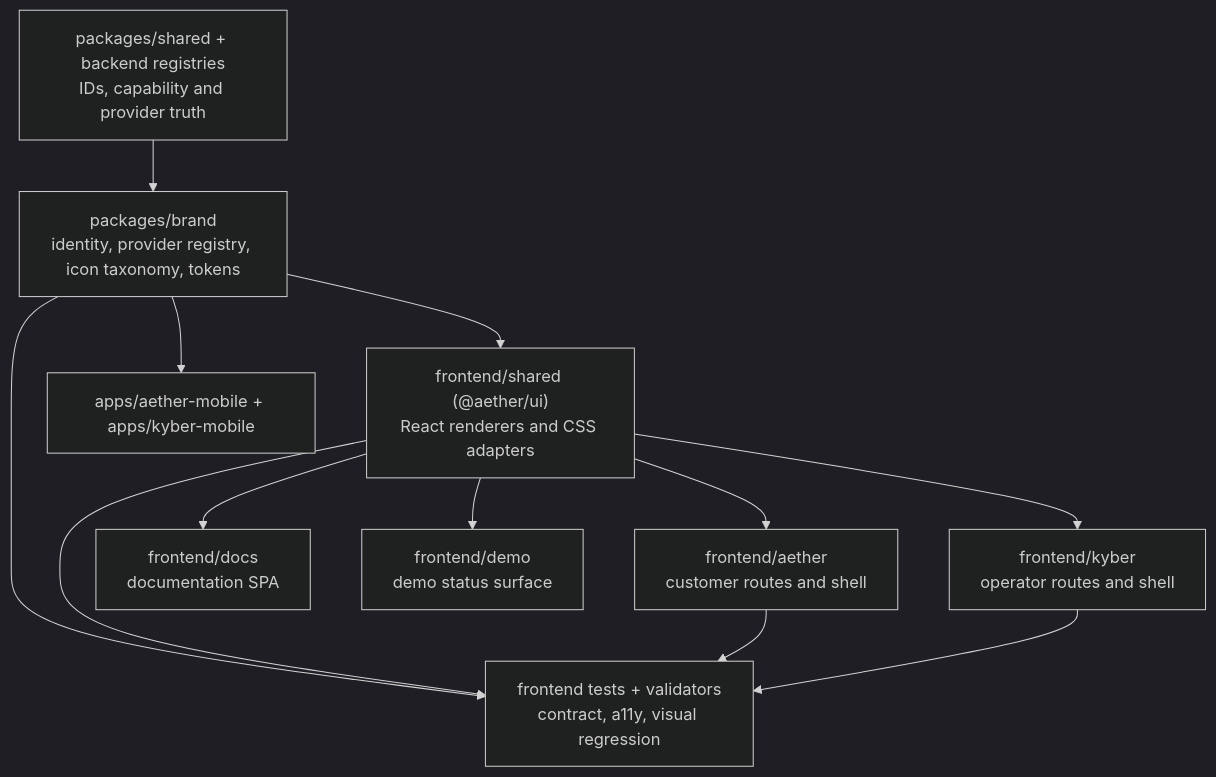
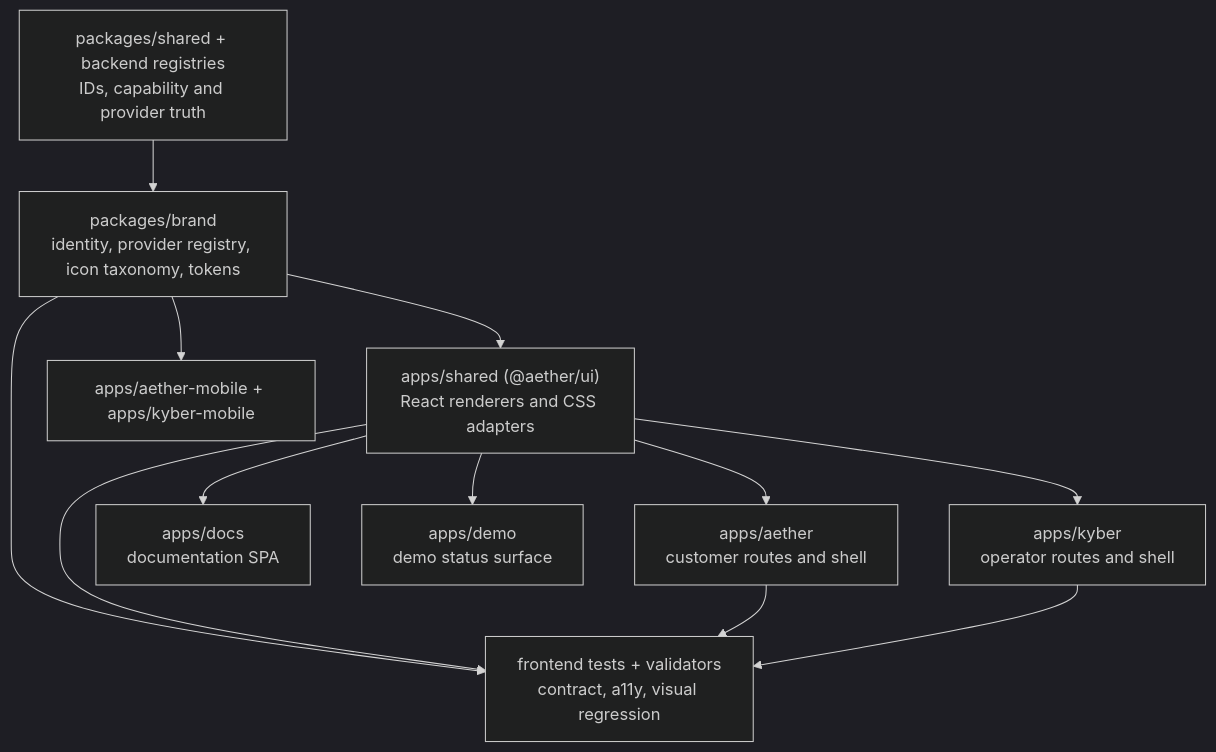
Before and after one commit to DammnThatsCrazy/AETHER: the diagram in docs/brand-system/audit.md, drawn with Mermaid (dark theme). The commit also changed other lines of this file and 1740 other files, not shown here.

First line of the commit message:
refactor: move the web applications from frontend/ to apps/

````diff
--- a/docs/brand-system/audit.md
+++ b/docs/brand-system/audit.md
@@ -175,24 +175,24 @@
 ```mermaid
 flowchart TD
   Brand["packages/brand<br/>identity, provider registry, icon taxonomy, tokens"]
-  Shared["frontend/shared (@aether/ui)<br/>React renderers and CSS adapters"]
-  Aether["frontend/aether<br/>customer routes and shell"]
-  Kyber["frontend/kyber<br/>operator routes and shell"]
-  Docs["frontend/docs<br/>documentation SPA"]
-  Demo["frontend/demo<br/>demo status surface"]
+  Shared["apps/shared (@aether/ui)<br/>React renderers and CSS adapters"]
+  Aether["apps/aether<br/>customer routes and shell"]
+  Kyber["apps/kyber<br/>operator routes and shell"]
+  Docs["apps/docs<br/>documentation SPA"]
+  Demo["apps/demo<br/>demo status surface"]
   Mobile["apps/aether-mobile + apps/kyber-mobile"]
   Contracts["packages/shared + backend registries<br/>IDs, capability and provider truth"]
   Tests["frontend tests + validators<br/>contract, a11y, visual regression"]
 
   Contracts --> Brand
   Brand --> Shared
   Shared --> Aether
   Shared --> Kyber
   Shared --> Docs
   Shared --> Demo
   Brand --> Mobile
   Brand --> Tests
   Shared --> Tests
   Aether --> Tests
   Kyber --> Tests
 ```
````
